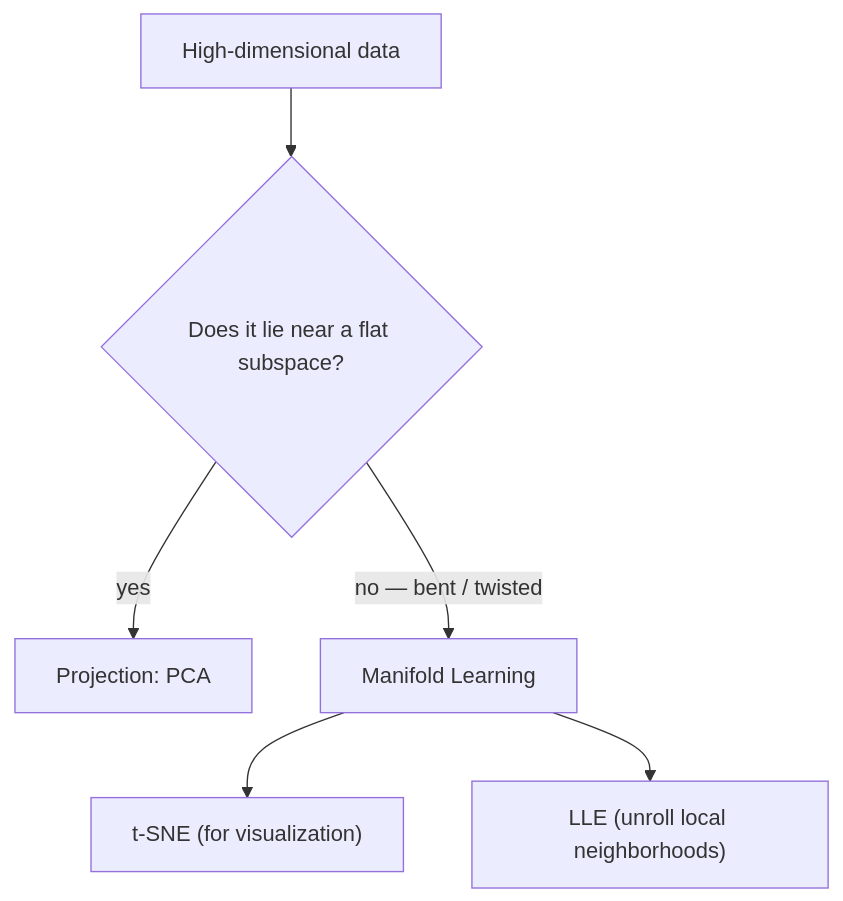
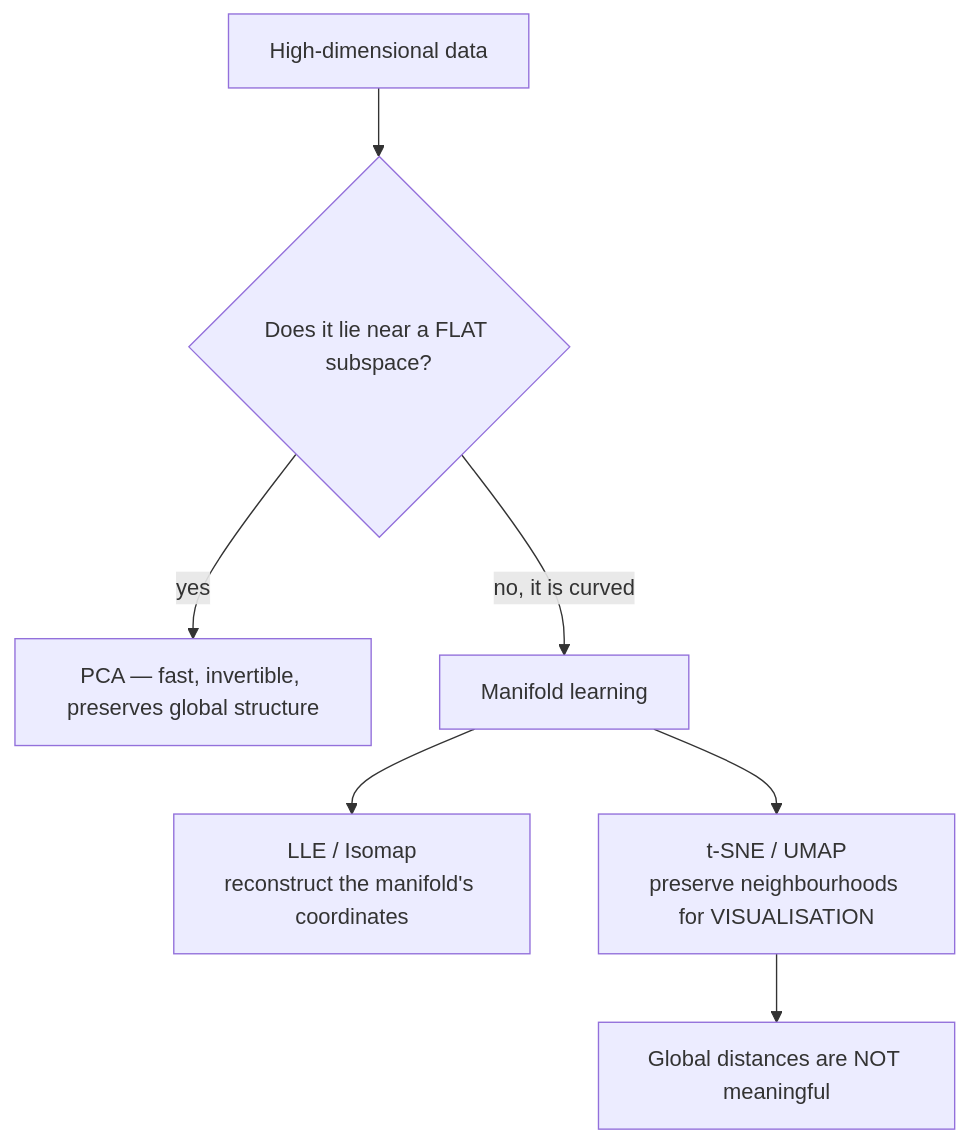
The diagram in src/content/docs/Machine Learning/Phase 06 - Unsupervised Learning & Dimensionality Reduction/t-SNE and Manifold Learning.mdx (Ravikisha/PythonCentralHub), drawn with Mermaid before and after one commit. The commit also changed other lines of this file and 1327 other files, not shown here.

````diff
--- a/src/content/docs/Machine Learning/Phase 06 - Unsupervised Learning & Dimensionality Reduction/t-SNE and Manifold Learning.mdx
+++ b/src/content/docs/Machine Learning/Phase 06 - Unsupervised Learning & Dimensionality Reduction/t-SNE and Manifold Learning.mdx
@@ -35,8 +44,9 @@
-```mermaid title="Two families of dimensionality reduction" desc="Projection assumes a flat subspace; manifold learning models a bent or twisted one instead."
+```mermaid
 flowchart TD
-  D["High-dimensional data"] --> Q{"Does it lie near a flat subspace?"}
-  Q -->|"yes"| P["Projection: PCA"]
-  Q -->|"no — bent / twisted"| M["Manifold Learning"]
-  M --> TS["t-SNE (for visualization)"]
-  M --> L["LLE (unroll local neighborhoods)"]
+  D["High-dimensional data"] --> Q{"Does it lie near a FLAT subspace?"}
+  Q -->|"yes"| P["PCA — fast, invertible, preserves global structure"]
+  Q -->|"no, it is curved"| M["Manifold learning"]
+  M --> L["LLE / Isomap<br/>reconstruct the manifold's coordinates"]
+  M --> T["t-SNE / UMAP<br/>preserve neighbourhoods for VISUALISATION"]
+  T --> W["Global distances are NOT meaningful"]
 ```
````
